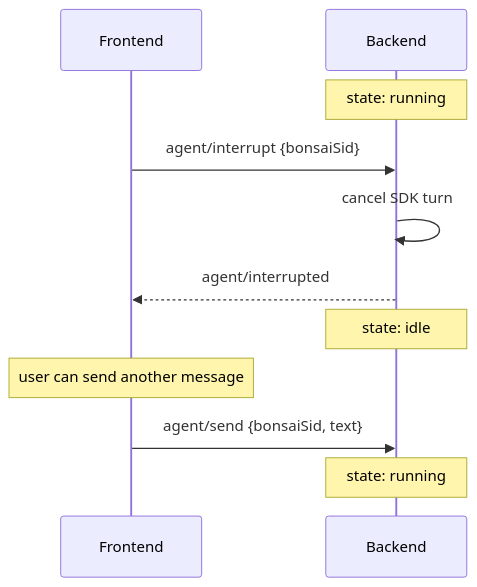
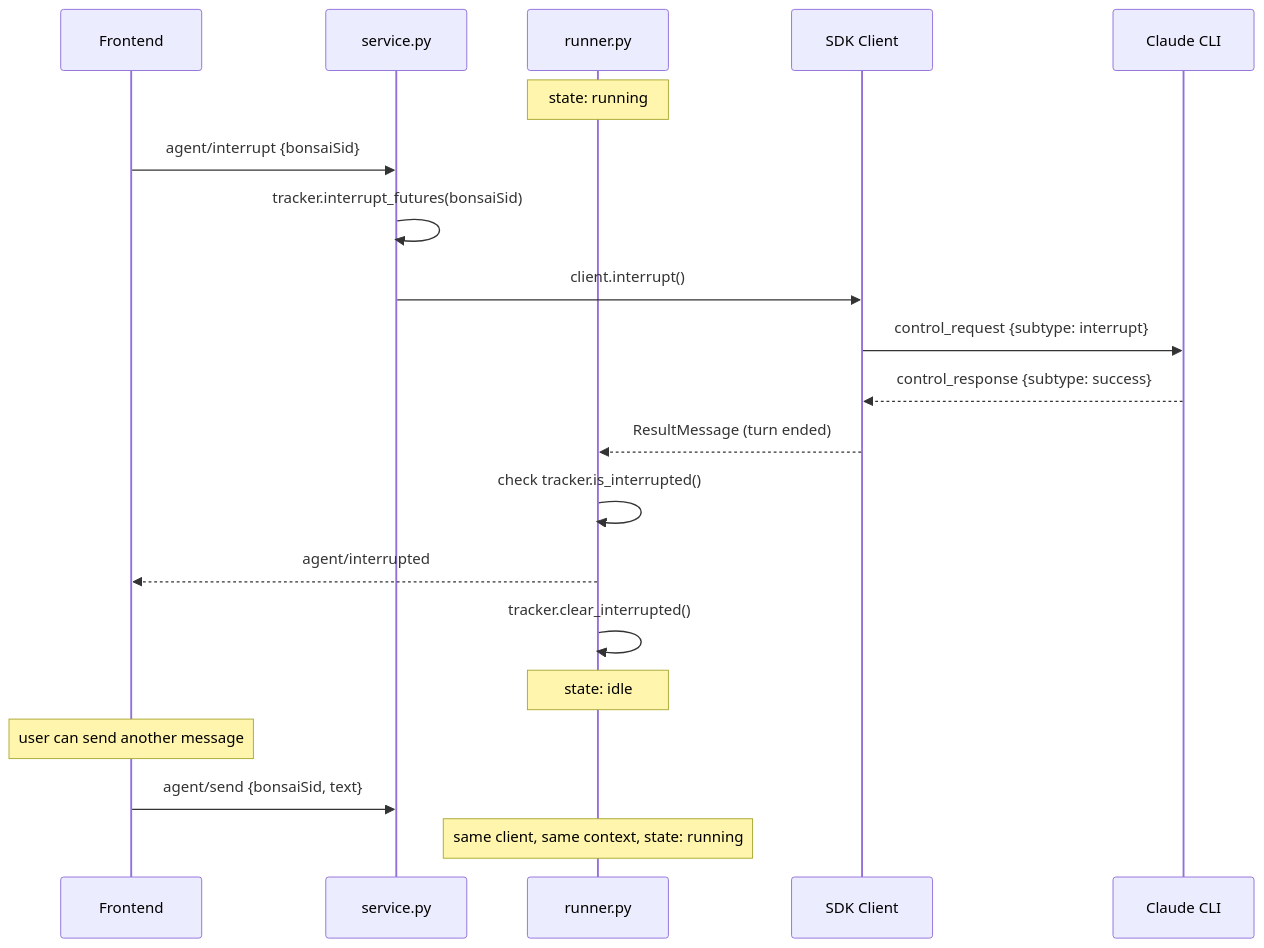
Before and after one commit to JetBrains/thinkrail: the third of 5 diagrams in backend/app/agent/README.md, drawn with Mermaid. The commit also changed other lines of this file and 5 other files, not shown here.

````diff
--- a/backend/app/agent/README.md
+++ b/backend/app/agent/README.md
@@ -110,15 +117,26 @@
 ```mermaid
 sequenceDiagram
     participant F as Frontend
-    participant B as Backend
+    participant Svc as service.py
+    participant R as runner.py
+    participant SDK as SDK Client
+    participant CLI as Claude CLI
 
-    Note over B: state: running
-    F->>B: agent/interrupt {bonsaiSid}
-    B->>B: cancel SDK turn
-    B-->>F: agent/interrupted
-    Note over B: state: idle
+    Note over R: state: running
+
+    F->>Svc: agent/interrupt {bonsaiSid}
+    Svc->>Svc: tracker.interrupt_futures(bonsaiSid)
+    Svc->>SDK: client.interrupt()
+    SDK->>CLI: control_request {subtype: interrupt}
+    CLI-->>SDK: control_response {subtype: success}
+    SDK-->>R: ResultMessage (turn ended)
+
+    R->>R: check tracker.is_interrupted()
+    R-->>F: agent/interrupted
+    R->>R: tracker.clear_interrupted()
+    Note over R: state: idle
 
     Note over F: user can send another message
-    F->>B: agent/send {bonsaiSid, text}
-    Note over B: state: running
+    F->>Svc: agent/send {bonsaiSid, text}
+    Note over R: same client, same context, state: running
 ```
````
